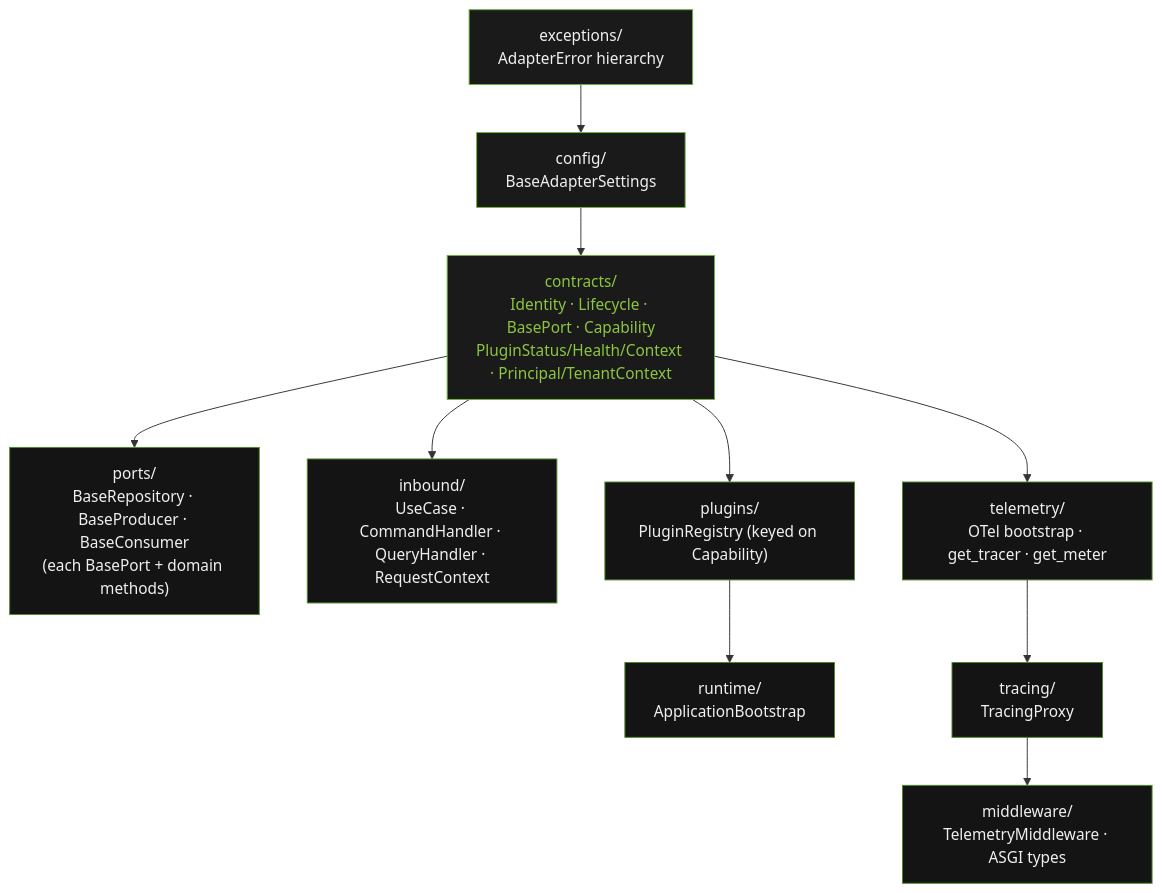
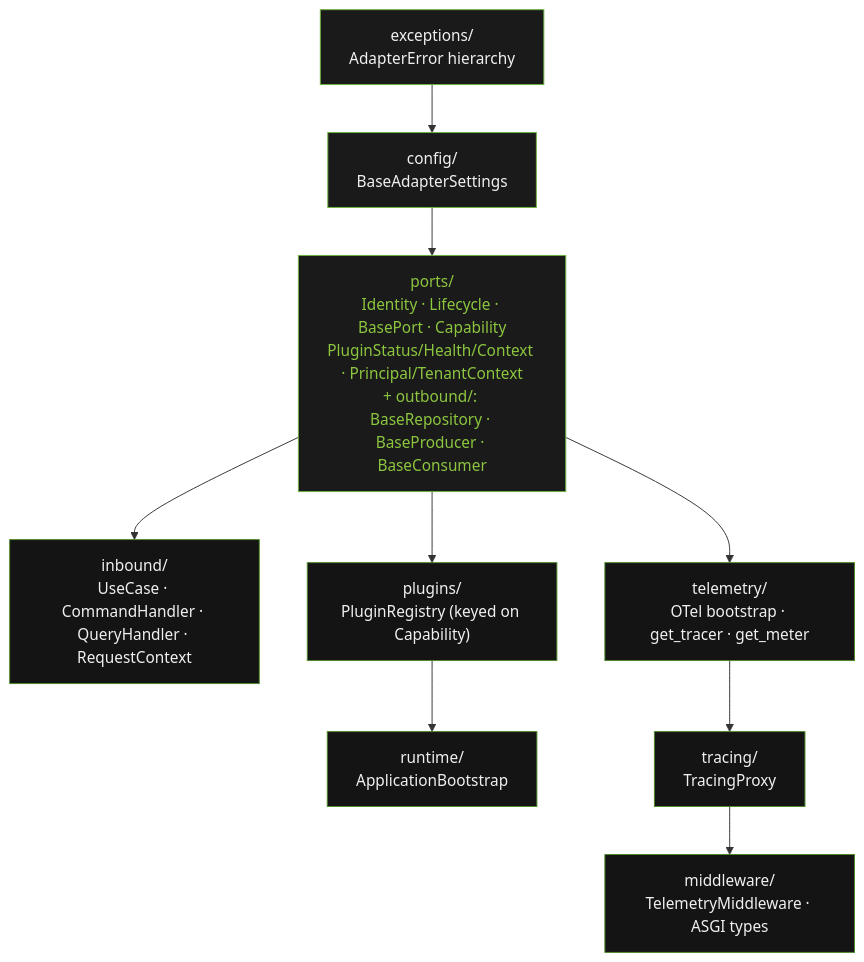
The diagram in docs/technical/overview/system-overview.md (Furious-Meteors/openframe-core), drawn with Mermaid before and after one commit. The commit also changed other lines of this file and 59 other files, not shown here.

Commit message:
Merge openframe.core.contracts into openframe.core.ports and split outbound protocols into ports/outbound/ (v3.1.0)

````diff
--- a/docs/technical/overview/system-overview.md
+++ b/docs/technical/overview/system-overview.md
@@ -23,30 +27,27 @@
 ```mermaid
 flowchart TD
-    CO["contracts/\nIdentity · Lifecycle · BasePort · Capability\nPluginStatus/Health/Context · Principal/TenantContext"]
-    PO["ports/\nBaseRepository · BaseProducer · BaseConsumer\n(each BasePort + domain methods)"]
+    PO["ports/\nIdentity · Lifecycle · BasePort · Capability\nPluginStatus/Health/Context · Principal/TenantContext\n+ outbound/: BaseRepository · BaseProducer · BaseConsumer"]
     IN["inbound/\nUseCase · CommandHandler · QueryHandler · RequestContext"]
     PL["plugins/\nPluginRegistry (keyed on Capability)"]
     RT["runtime/\nApplicationBootstrap"]
     EX["exceptions/\nAdapterError hierarchy"]
     CF["config/\nBaseAdapterSettings"]
     TE["telemetry/\nOTel bootstrap · get_tracer · get_meter"]
     TR["tracing/\nTracingProxy"]
     MW["middleware/\nTelemetryMiddleware · ASGI types"]
 
-    EX --> CF --> CO
-    CO --> PO
-    CO --> IN
-    CO --> PL --> RT
-    CO --> TE --> TR --> MW
+    EX --> CF --> PO
+    PO --> IN
+    PO --> PL --> RT
+    PO --> TE --> TR --> MW
 
     style EX fill:#1a1a1a,color:#F0F0F0,stroke:#6DB33F
     style CF fill:#1a1a1a,color:#F0F0F0,stroke:#6DB33F
-    style CO fill:#1a1a1a,color:#8CC63F,stroke:#6DB33F
-    style PO fill:#141414,color:#F0F0F0,stroke:#4E8A2A
+    style PO fill:#1a1a1a,color:#8CC63F,stroke:#6DB33F
     style IN fill:#141414,color:#F0F0F0,stroke:#4E8A2A
     style PL fill:#141414,color:#F0F0F0,stroke:#4E8A2A
     style RT fill:#141414,color:#F0F0F0,stroke:#4E8A2A
     style TE fill:#141414,color:#F0F0F0,stroke:#4E8A2A
     style TR fill:#141414,color:#F0F0F0,stroke:#4E8A2A
     style MW fill:#141414,color:#F0F0F0,stroke:#4E8A2A
 ```
````
